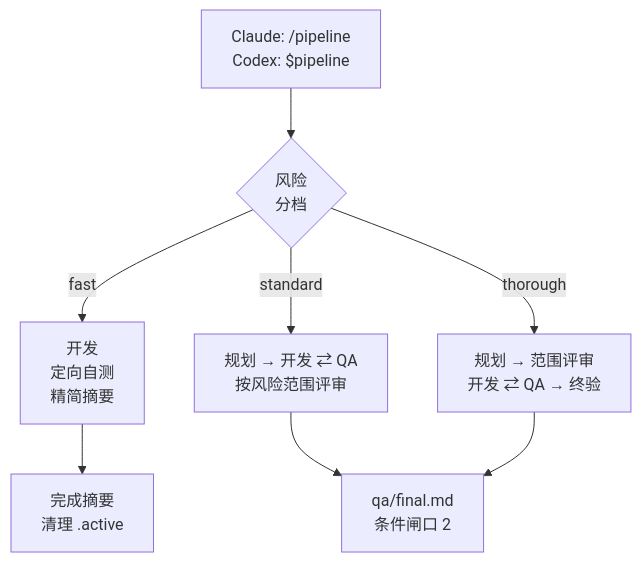
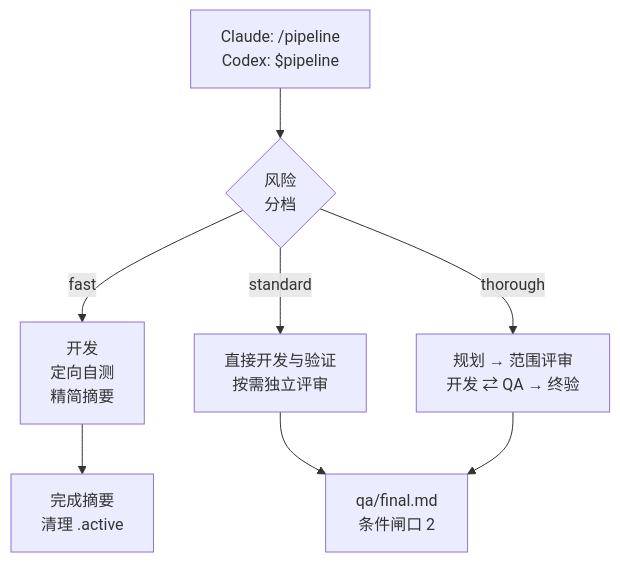
Before and after one commit to wzm111/pipeline-standard: the first of 2 diagrams in README.md, drawn with Mermaid. The commit also changed other lines of this file and 9 other files, not shown here.

````diff
--- a/README.md
+++ b/README.md
@@ -37,10 +37,10 @@
 ```mermaid
 flowchart TD
     S["Claude: /pipeline<br/>Codex: $pipeline"] --> P{"风险<br/>分档"}
     P -- fast --> F["开发<br/>定向自测<br/>精简摘要"]
-    P -- standard --> ST["规划 → 开发 ⇄ QA<br/>按风险范围评审"]
+    P -- standard --> ST["直接开发与验证<br/>按需独立评审"]
     P -- thorough --> TH["规划 → 范围评审<br/>开发 ⇄ QA → 终验"]
     F --> END["完成摘要<br/>清理 .active"]
     ST --> G2["qa/final.md<br/>条件闸口 2"]
     TH --> G2
 ```
````
